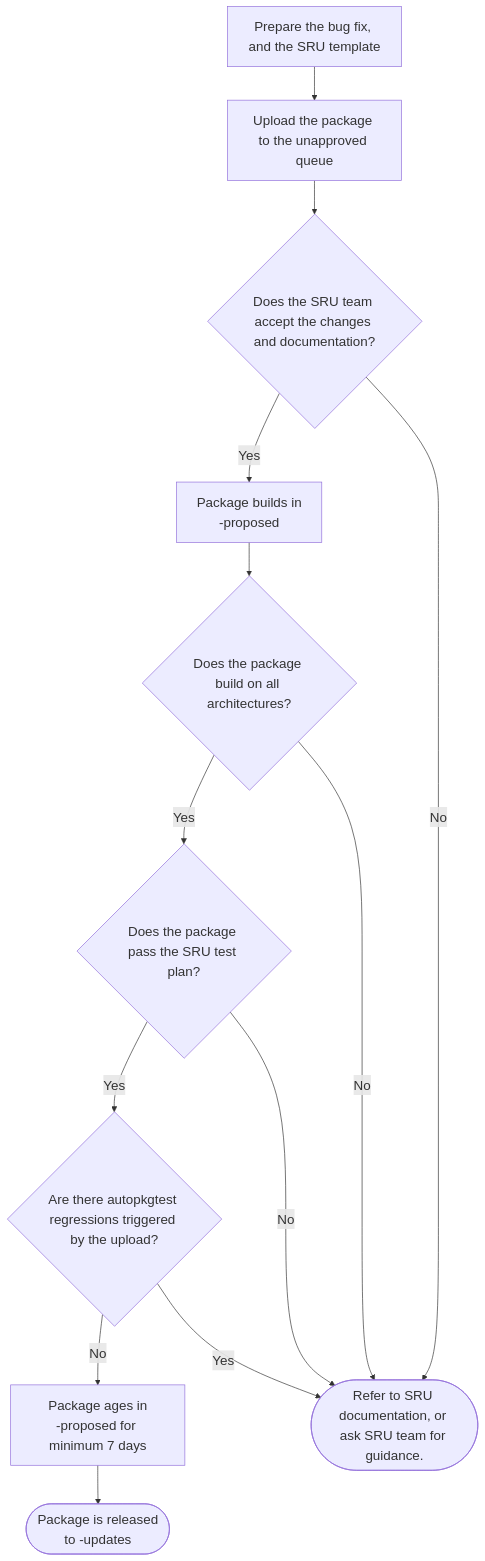
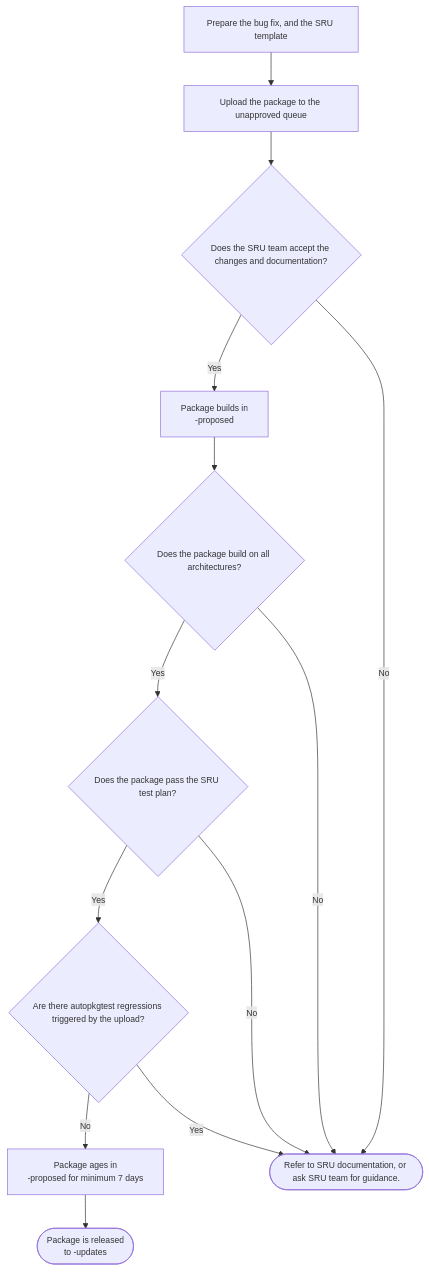
The diagram in docs/SRU/explanation/pipeline.rst (ubuntu/ubuntu-project-docs), drawn with Mermaid before and after one commit. The commit also changed 17 other files, not shown here.

Commit message:
fix: remove hard-coded colors from mermaid diagrams for dark mode readability (fixes #694)

```diff
--- a/docs/SRU/explanation/pipeline.rst
+++ b/docs/SRU/explanation/pipeline.rst
@@ -37,31 +37,31 @@
 .. mermaid::
-   :align: center
 
    %%{init: {'themeVariables': {
-                'fontSize': '20px',
+                'fontSize': '0.8em',
                 'fontFamily': 'Ubuntu'}}}%%
+
    flowchart TD
        prepare_package["Prepare the bug fix, and the SRU template"]
        unapproved["Upload the package to the unapproved queue"]
        review{"Does the SRU team accept the changes and documentation?"}
        proposed["Package builds in<br>-proposed"]
        build{"Does the package build on all architectures?"}
        verification{"Does the package pass the SRU test plan?"}
        autopkgtest{"Are there autopkgtest regressions triggered by the upload?"}
        age["Package ages in<br>-proposed for minimum 7 days"]
        released(["Package is released<br>to -updates"])
        troubleshoot(["Refer to SRU documentation, or ask SRU team for guidance."])
 
        prepare_package --> unapproved
        unapproved --> review
        review -- Yes --> proposed
        proposed --> build
        build -- Yes --> verification
        verification -- Yes --> autopkgtest
        autopkgtest -- No --> age
        age --> released
 
        review -- No --> troubleshoot
        build -- No --> troubleshoot
        verification -- No --> troubleshoot
        autopkgtest -- Yes --> troubleshoot
```
